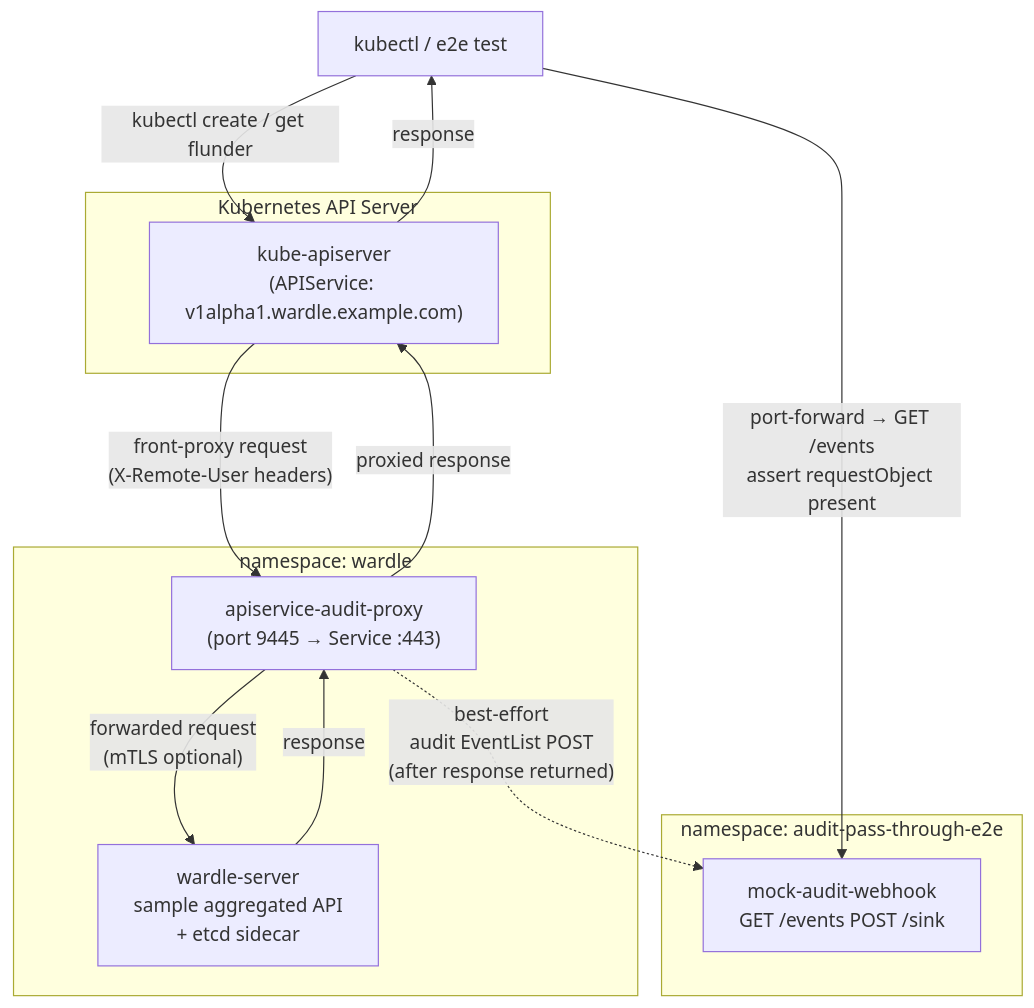
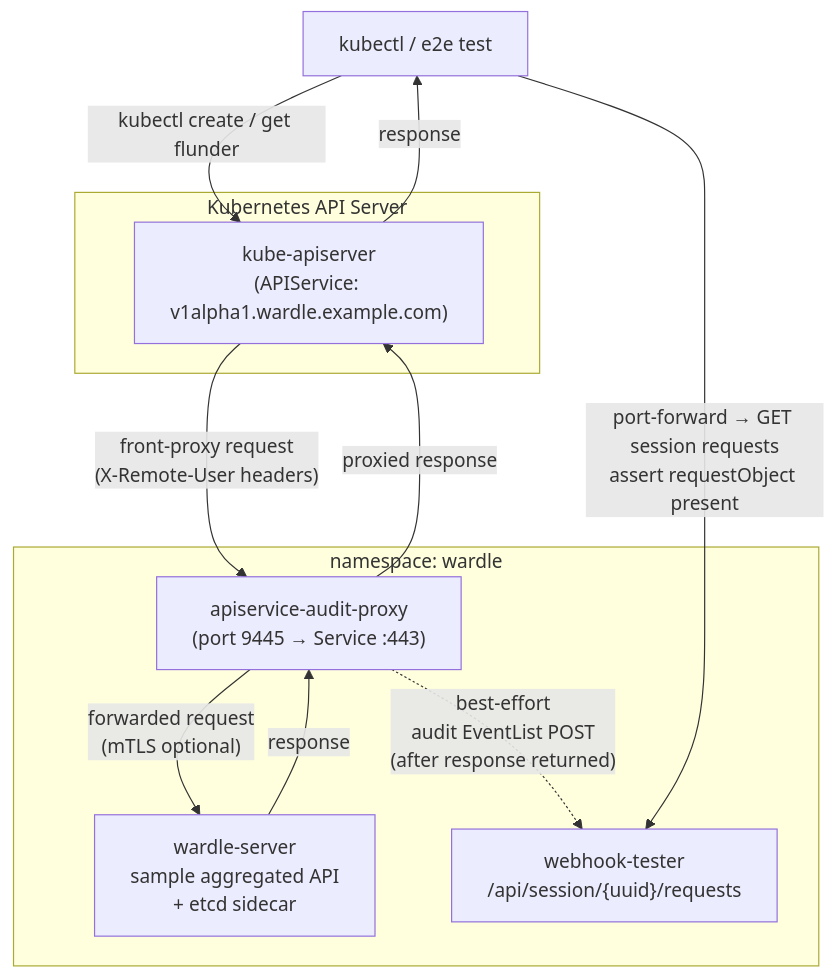
One commit to ConfigButler/apiservice-audit-proxy changed the diagram in docs/ARCHITECTURE.md. Above: the diagram before and after it, drawn with Mermaid. The commit also changed other lines of this file and 23 other files, not shown here.

Commit message:
feat: replaced audit-webhook-receiver by more generic tool

````diff
--- a/docs/ARCHITECTURE.md
+++ b/docs/ARCHITECTURE.md
@@ -154,27 +153,24 @@
 ```mermaid
 flowchart TD
     client["kubectl / e2e test"]
 
     subgraph kube["Kubernetes API Server"]
         apiserver["kube-apiserver\n(APIService: v1alpha1.wardle.example.com)"]
     end
 
     subgraph wardle["namespace: wardle"]
         proxy["apiservice-audit-proxy\n(port 9445 → Service :443)"]
         backend["wardle-server\nsample aggregated API\n+ etcd sidecar"]
-    end
-
-    subgraph e2ens["namespace: audit-pass-through-e2e"]
-        webhook["mock-audit-webhook\nGET /events  POST /sink"]
+        webhook["webhook-tester\n/api/session/{uuid}/requests"]
     end
 
     client -->|"kubectl create / get flunder"| apiserver
     apiserver -->|"front-proxy request\n(X-Remote-User headers)"| proxy
     proxy -->|"forwarded request\n(mTLS optional)"| backend
     backend -->|"response"| proxy
     proxy -.->|"best-effort\naudit EventList POST\n(after response returned)"| webhook
     proxy -->|"proxied response"| apiserver
     apiserver -->|"response"| client
 
-    client -->|"port-forward → GET /events\nassert requestObject present"| webhook
+    client -->|"port-forward → GET session requests\nassert requestObject present"| webhook
 ```
````
